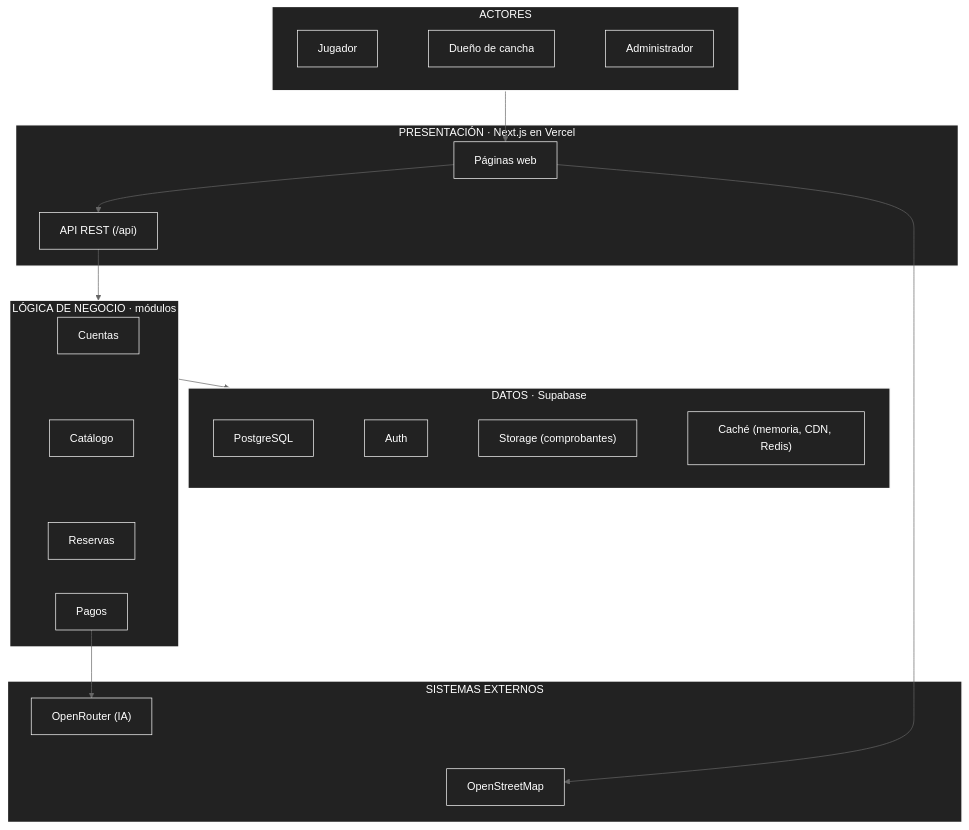
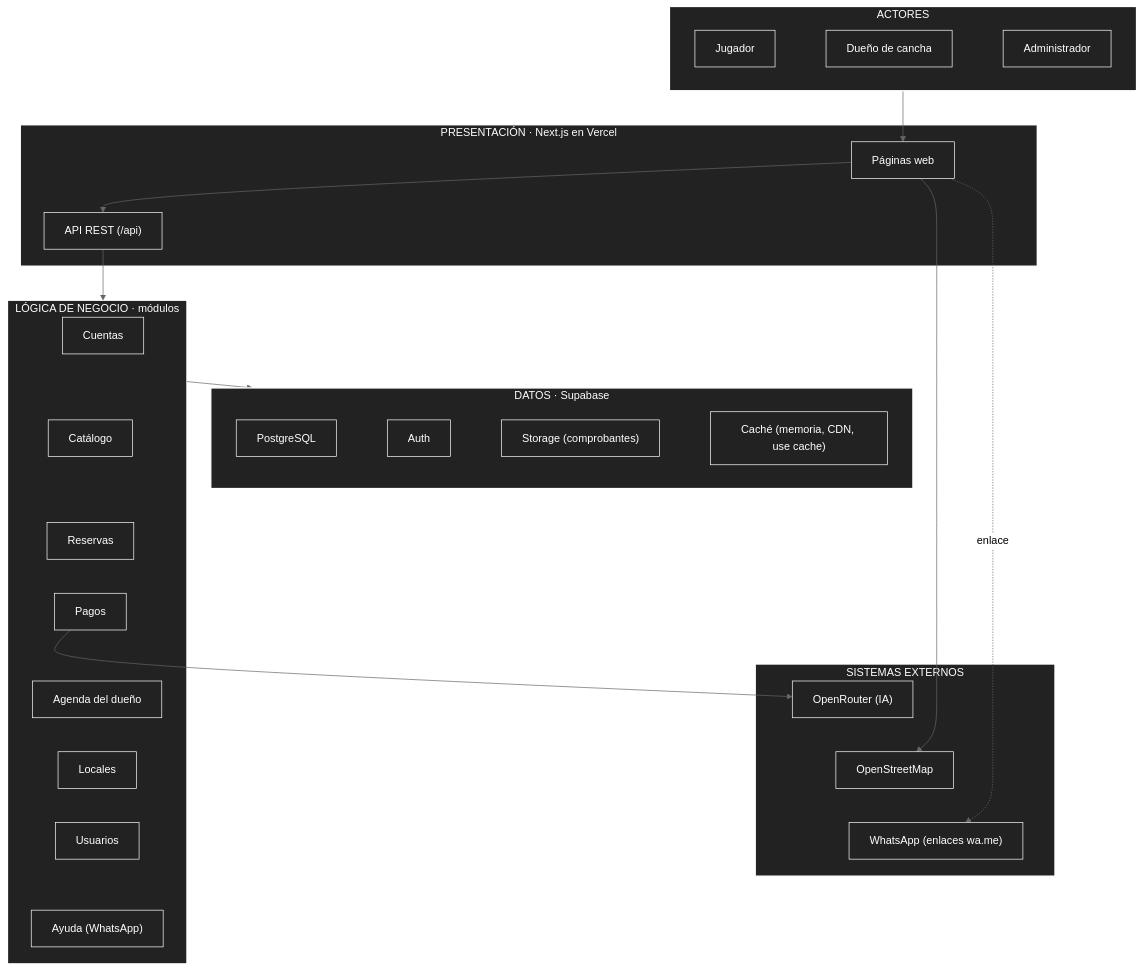
The diagram in docs/02-arquitectura-software/arquitectura-inicial.md (edhtsprado27-bit/ReservaYa-Ayacucho), drawn with Mermaid (neutral theme) before and after one commit. The commit also changed other lines of this file and 24 other files, not shown here.

Commit message:
docs: actualizar análisis, arquitectura y C4 con WhatsApp, servicios y usuarios

````diff
--- a/docs/02-arquitectura-software/arquitectura-inicial.md
+++ b/docs/02-arquitectura-software/arquitectura-inicial.md
@@ -30,6 +30,10 @@
     Catalogo["Catálogo"]
     Reservas["Reservas"]
     Pagos["Pagos"]
+    Agenda["Agenda del dueño"]
+    Locales["Locales"]
+    Usuarios["Usuarios"]
+    Soporte["Ayuda (WhatsApp)"]
 end
 
 %% =========================
@@ -39,7 +43,7 @@
     BD["PostgreSQL"]
     Auth["Auth"]
     Archivos["Storage (comprobantes)"]
-    Cache["Caché (memoria, CDN, Redis)"]
+    Cache["Caché (memoria, CDN, use cache)"]
 end
 
 %% =========================
@@ -48,6 +52,7 @@
 subgraph EXTERNOS["SISTEMAS EXTERNOS"]
     OpenRouter["OpenRouter (IA)"]
     OSM["OpenStreetMap"]
+    WhatsApp["WhatsApp (enlaces wa.me)"]
 end
 
 %% =========================
@@ -63,6 +68,7 @@
 %% =========================
 Pagos --> OpenRouter
 Web --> OSM
+Web -. "enlace" .-> WhatsApp
 
 %% =========================
 %% DISTRIBUCIÓN HORIZONTAL
@@ -73,12 +79,17 @@
 Cuentas ~~~ Catalogo
 Catalogo ~~~ Reservas
 Reservas ~~~ Pagos
+Pagos ~~~ Agenda
+Agenda ~~~ Locales
+Locales ~~~ Usuarios
+Usuarios ~~~ Soporte
 
 BD ~~~ Auth
 Auth ~~~ Archivos
 Archivos ~~~ Cache
 
 OpenRouter ~~~ OSM
+OSM ~~~ WhatsApp
 
 %% =========================
 %% ESTILOS
@@ -100,6 +111,10 @@
 style Catalogo fill:#222,stroke:#fff,color:#fff
 style Reservas fill:#222,stroke:#fff,color:#fff
 style Pagos fill:#222,stroke:#fff,color:#fff
+style Agenda fill:#222,stroke:#fff,color:#fff
+style Locales fill:#222,stroke:#fff,color:#fff
+style Usuarios fill:#222,stroke:#fff,color:#fff
+style Soporte fill:#222,stroke:#fff,color:#fff
 
 style BD fill:#222,stroke:#fff,color:#fff
 style Auth fill:#222,stroke:#fff,color:#fff
@@ -108,4 +123,5 @@
 
 style OpenRouter fill:#222,stroke:#fff,color:#fff
 style OSM fill:#222,stroke:#fff,color:#fff
+style WhatsApp fill:#222,stroke:#fff,color:#fff
 ```
````
